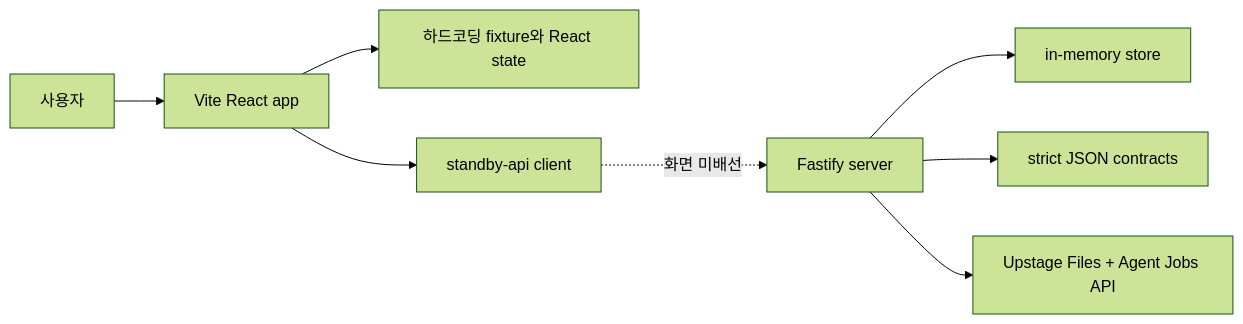
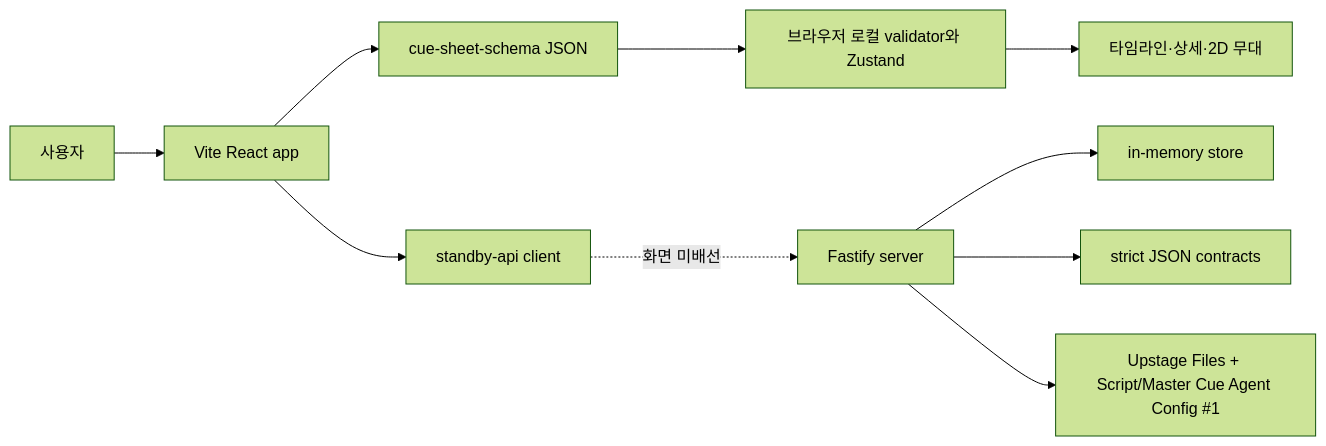
The diagram in project/FEATURE_SPEC_CURRENT.md (Rudy-009/45_Junction_Project), drawn with Mermaid (forest theme) before and after one commit. The commit also changed other lines of this file, not shown here.

````diff
--- a/project/FEATURE_SPEC_CURRENT.md
+++ b/project/FEATURE_SPEC_CURRENT.md
@@ -155,10 +138,12 @@
 ```mermaid
 flowchart LR
   U[사용자] --> A[Vite React app]
-  A --> F[하드코딩 fixture와 React state]
+  A --> J[cue-sheet-schema JSON]
+  J --> V[브라우저 로컬 validator와 Zustand]
+  V --> W[타임라인·상세·2D 무대]
   A --> CL[standby-api client]
   CL -. 화면 미배선 .-> S[Fastify server]
   S --> M[in-memory store]
   S --> C[strict JSON contracts]
-  S --> UP[Upstage Files + Agent Jobs API]
+  S --> UP[Upstage Files + Script/Master Cue Agent Config #1]
 ```
````
